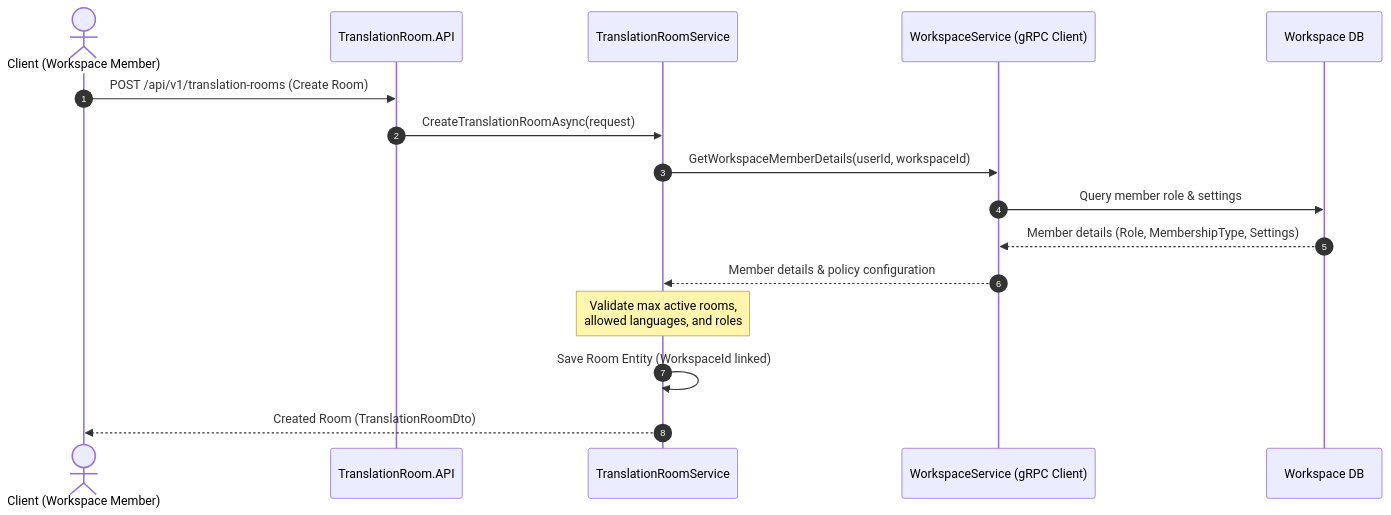
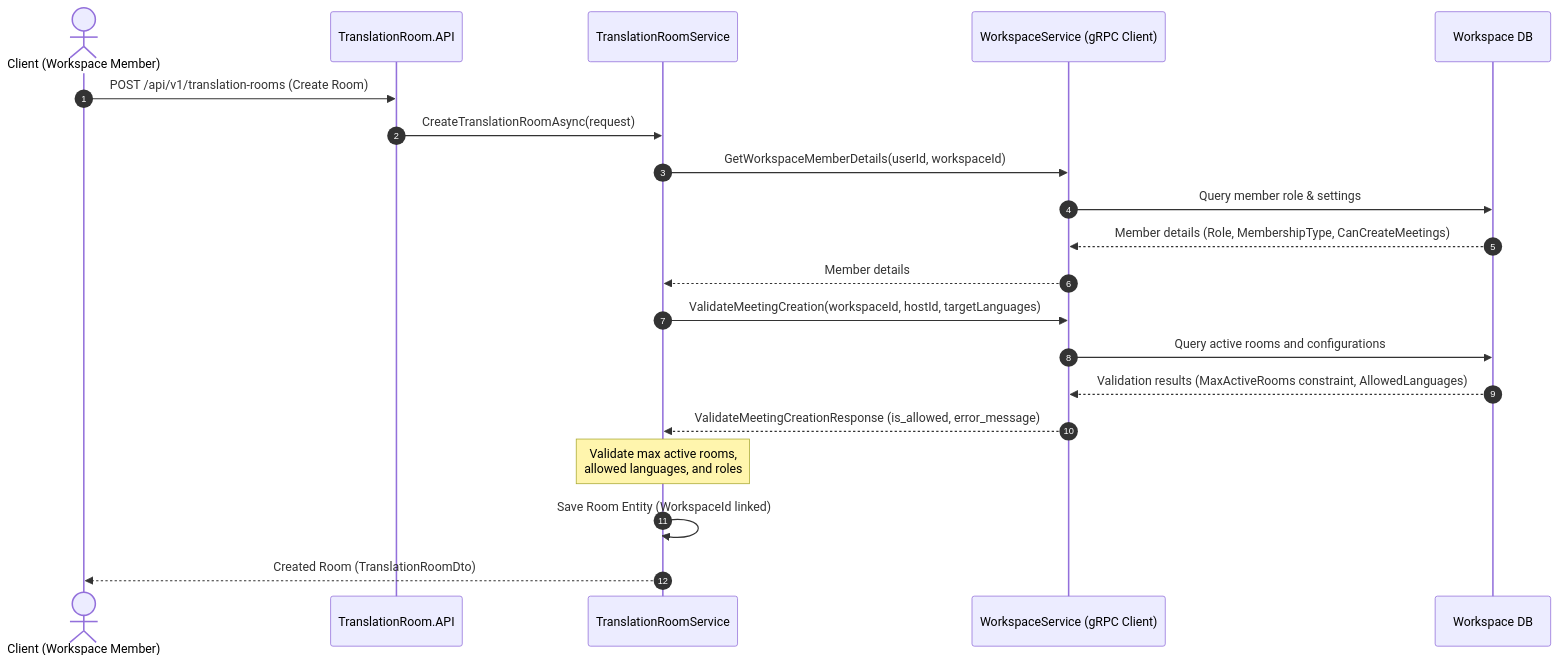
One commit to WarpTalk-CapstoneProject/warptalk-backend changed the diagram in specs/159-workspace-govern-internal-meetings-artifacts/spec.md. Above: the diagram before and after it, drawn with Mermaid. The commit also changed other lines of this file and 78 other files, not shown here.

Commit message:
feat(workspace): implement document management, access policy, and role-based permissions according to WT-158 spec

````diff
--- a/specs/159-workspace-govern-internal-meetings-artifacts/spec.md
+++ b/specs/159-workspace-govern-internal-meetings-artifacts/spec.md
@@ -95,19 +92,25 @@
 ```mermaid
 sequenceDiagram
     autonumber
     actor User as Client (Workspace Member)
     participant TR_API as TranslationRoom.API
     participant TR_Service as TranslationRoomService
     participant WS_gRPC as WorkspaceService (gRPC Client)
     participant WS_DB as Workspace DB
 
     User->>TR_API: POST /api/v1/translation-rooms (Create Room)
     TR_API->>TR_Service: CreateTranslationRoomAsync(request)
     TR_Service->>WS_gRPC: GetWorkspaceMemberDetails(userId, workspaceId)
     WS_gRPC->>WS_DB: Query member role & settings
-    WS_DB-->>WS_gRPC: Member details (Role, MembershipType, Settings)
-    WS_gRPC-->>TR_Service: Member details & policy configuration
+    WS_DB-->>WS_gRPC: Member details (Role, MembershipType, CanCreateMeetings)
+    WS_gRPC-->>TR_Service: Member details
+    
+    TR_Service->>WS_gRPC: ValidateMeetingCreation(workspaceId, hostId, targetLanguages)
+    WS_gRPC->>WS_DB: Query active rooms and configurations
+    WS_DB-->>WS_gRPC: Validation results (MaxActiveRooms constraint, AllowedLanguages)
+    WS_gRPC-->>TR_Service: ValidateMeetingCreationResponse (is_allowed, error_message)
+    
     Note over TR_Service: Validate max active rooms,<br/>allowed languages, and roles
     TR_Service->>TR_Service: Save Room Entity (WorkspaceId linked)
     TR_Service-->>User: Created Room (TranslationRoomDto)
 ```
````
